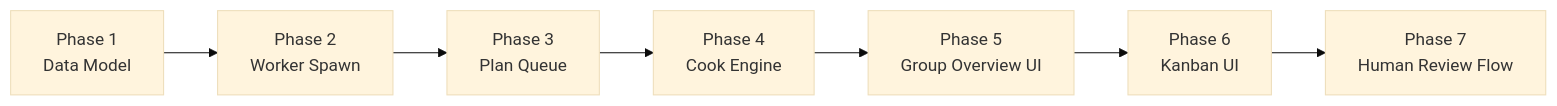
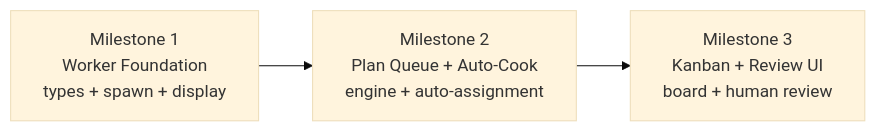
The third of 3 diagrams in docs/plans/20260327-cooking-factory/plan.md (PetePeter/gamepad-cli-hub), drawn with Mermaid (base theme) before and after one commit. The commit also changed other lines of this file and 13 other files, not shown here.

````diff
--- a/docs/plans/20260327-cooking-factory/plan.md
+++ b/docs/plans/20260327-cooking-factory/plan.md
@@ -152,9 +214,5 @@
 ```mermaid
 flowchart LR
-    P1[Phase 1<br>Data Model] --> P2[Phase 2<br>Worker Spawn]
-    P2 --> P3[Phase 3<br>Plan Queue]
-    P3 --> P4[Phase 4<br>Cook Engine]
-    P4 --> P5[Phase 5<br>Group Overview UI]
-    P5 --> P6[Phase 6<br>Kanban UI]
-    P6 --> P7[Phase 7<br>Human Review Flow]
+    M1[Milestone 1<br>Worker Foundation<br>types + spawn + display] --> M2[Milestone 2<br>Plan Queue + Auto-Cook<br>engine + auto-assignment]
+    M2 --> M3[Milestone 3<br>Kanban + Review UI<br>board + human review]
 ```
````
